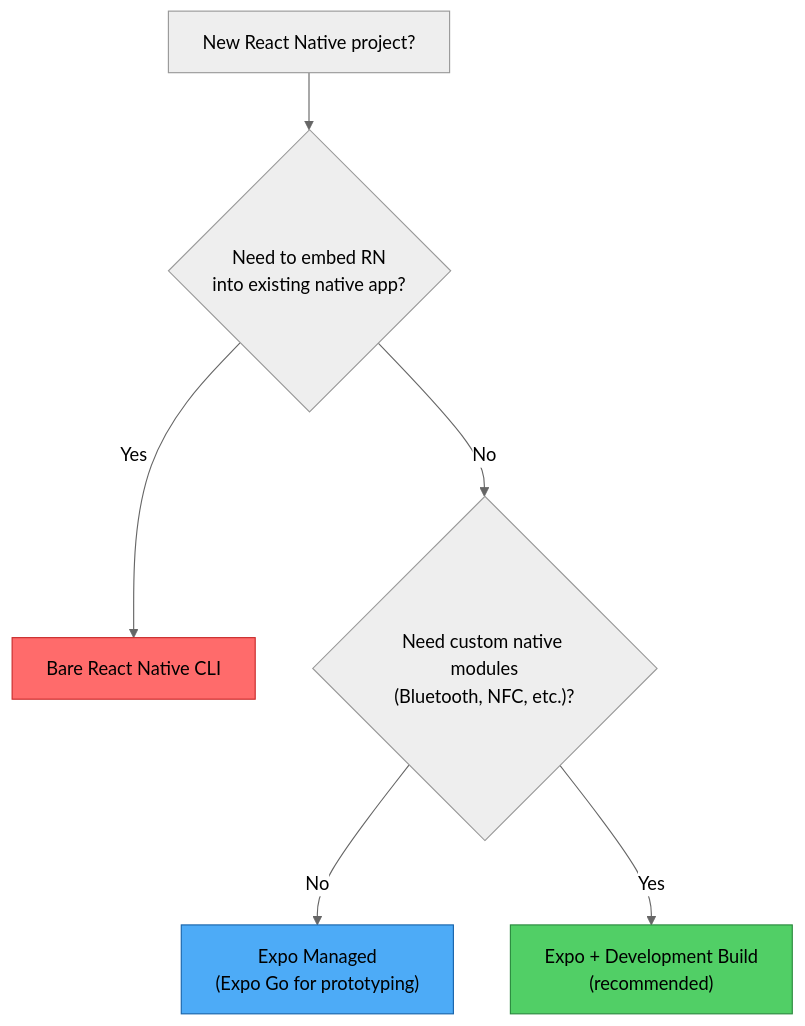
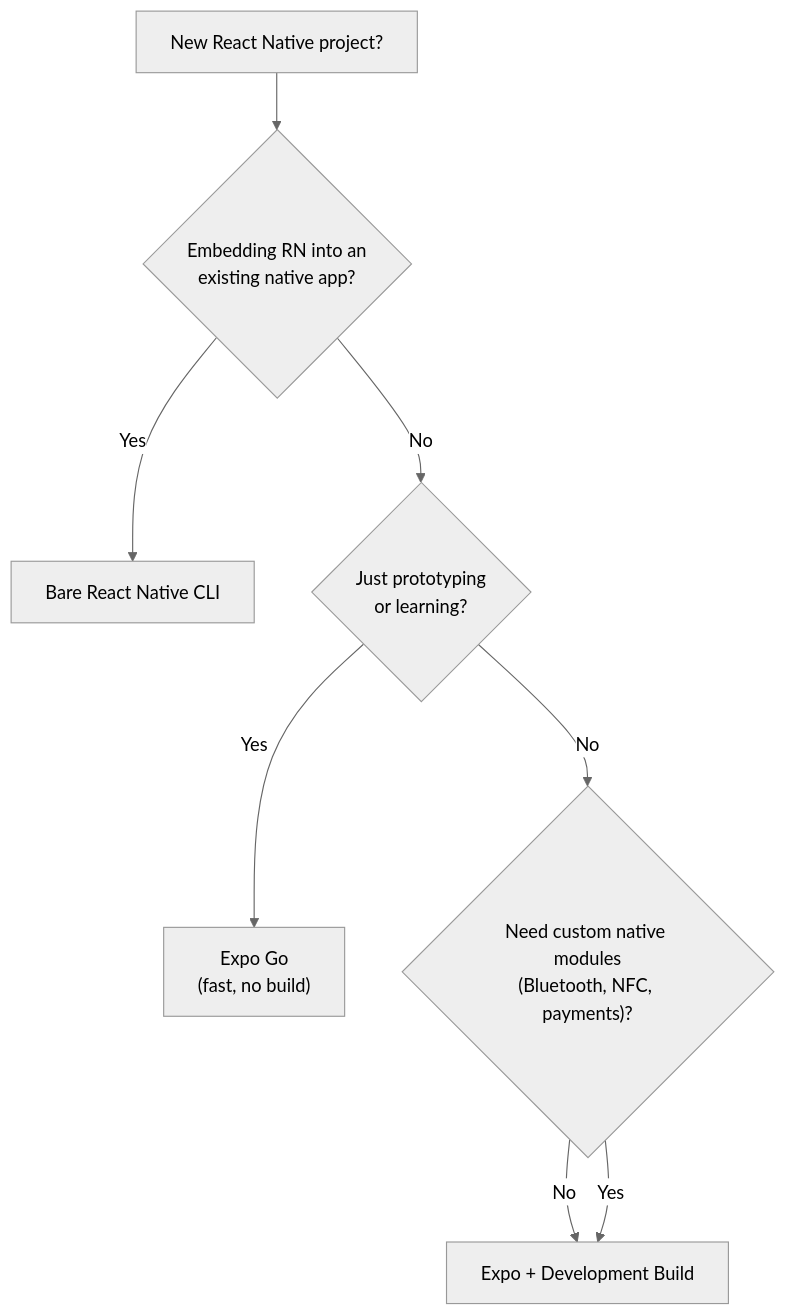
Before and after one commit to BabaScience/react-guides: the second of 6 diagrams in arguments/chapters/rn-03-environment-setup.md, drawn with Mermaid (neutral theme). The commit also changed other lines of this file and 63 other files, not shown here.

First line of the commit message:
Enrich React Native roadmap with deeper content, visuals, and FR/IT translations

````diff
--- a/arguments/chapters/rn-03-environment-setup.md
+++ b/arguments/chapters/rn-03-environment-setup.md
@@ -42,12 +76,10 @@
 ```mermaid
 flowchart TD
-    Start["New React Native project?"] --> Q1{"Need to embed RN\ninto existing native app?"}
+    Start["New React Native project?"] --> Q1{"Embedding RN into an<br/>existing native app?"}
     Q1 -->|Yes| Bare["Bare React Native CLI"]
-    Q1 -->|No| Q2{"Need custom native modules\n(Bluetooth, NFC, etc.)?"}
-    Q2 -->|No| ExpoManaged["Expo Managed\n(Expo Go for prototyping)"]
-    Q2 -->|Yes| ExpoDev["Expo + Development Build\n(recommended)"]
-    
-    style ExpoDev fill:#51cf66,stroke:#2b8a3e,color:#000
-    style Bare fill:#ff6b6b,stroke:#c92a2a,color:#000
-    style ExpoManaged fill:#4dabf7,stroke:#1864ab,color:#000
+    Q1 -->|No| Q2{"Just prototyping<br/>or learning?"}
+    Q2 -->|Yes| ExpoGo["Expo Go<br/>(fast, no build)"]
+    Q2 -->|No| Q3{"Need custom native modules<br/>(Bluetooth, NFC, payments)?"}
+    Q3 -->|No| ExpoDev["Expo + Development Build"]
+    Q3 -->|Yes| ExpoDev
 ```
````
